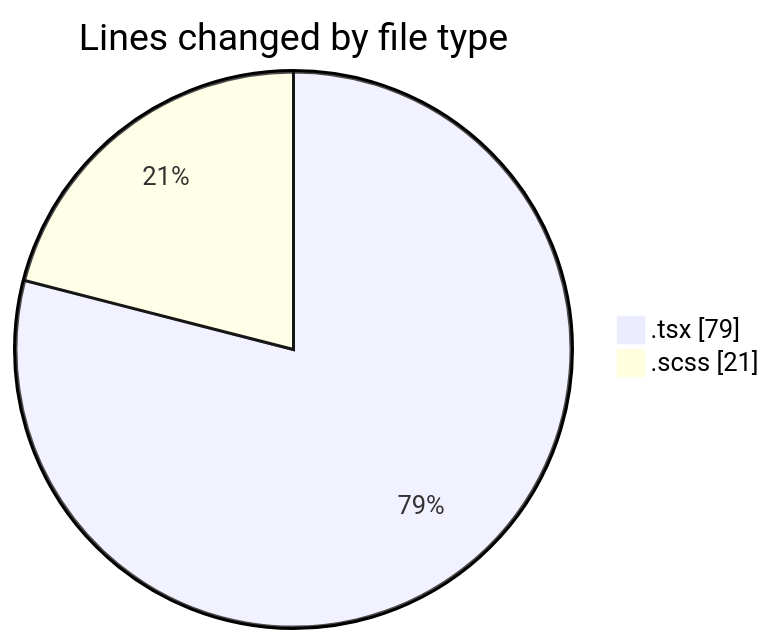
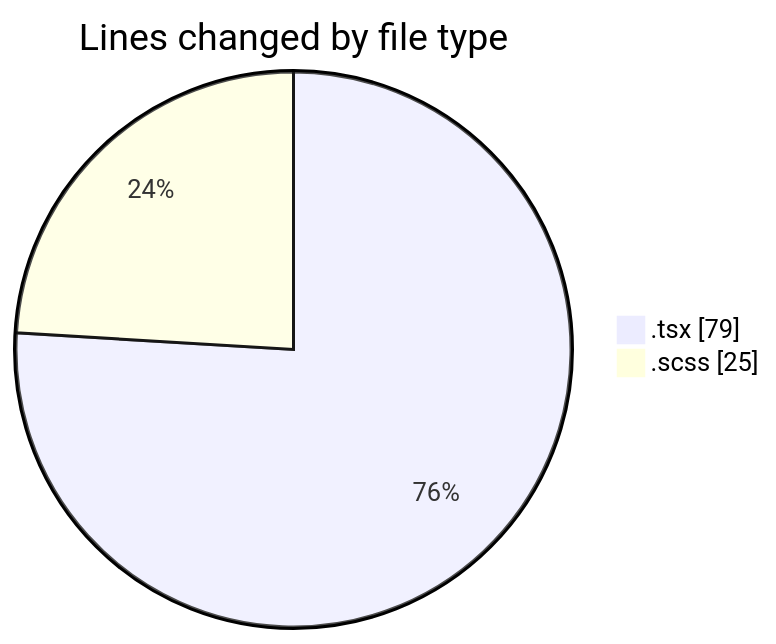
One commit to momahboobian/code-tracking changed the first of 2 diagrams in 2026-04-16/cda/README.md. Above: the diagram before and after it, drawn with Mermaid. The commit also changed other lines of this file and 1 other file, not shown here.

````diff
--- a/2026-04-16/cda/README.md
+++ b/2026-04-16/cda/README.md
@@ -22,6 +22,6 @@
 ```mermaid
 pie showData
 title Lines changed by file type
 ".tsx" : 79
-".scss" : 21
+".scss" : 25
 ```
````
